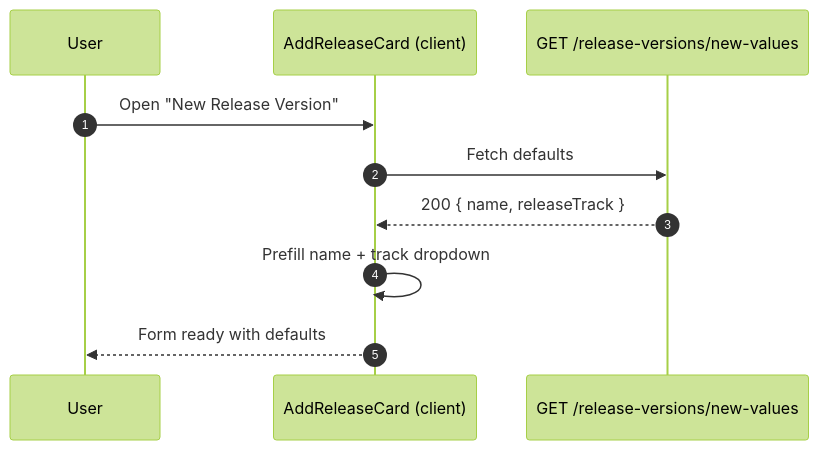
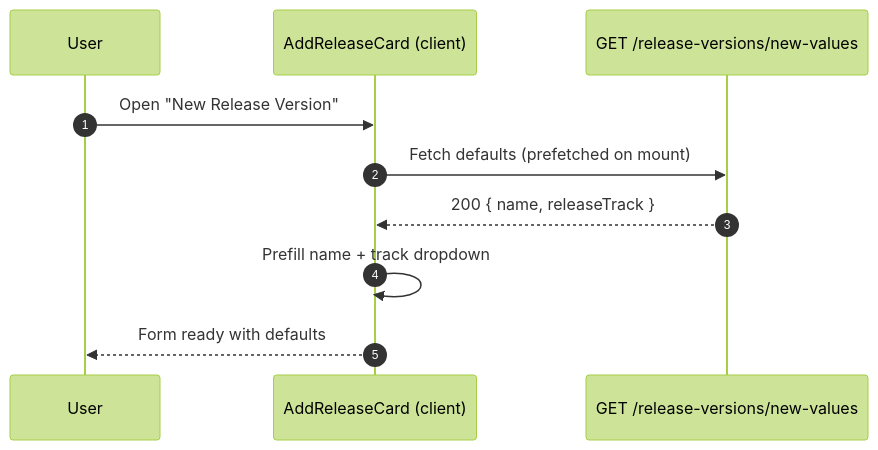
Before and after one commit to 01capitain/jira-release-manager: the first of 2 diagrams in docs/guides/ui-views/add-release-card.md, drawn with Mermaid (forest theme). The commit also changed other lines of this file and 4 other files, not shown here.

````diff
--- a/docs/guides/ui-views/add-release-card.md
+++ b/docs/guides/ui-views/add-release-card.md
@@ -12,12 +12,12 @@
 ```mermaid
 sequenceDiagram
     autonumber
     participant U as User
     participant C as AddReleaseCard (client)
     participant API as GET /release-versions/new-values
     U->>C: Open "New Release Version"
-    C->>API: Fetch defaults
+    C->>API: Fetch defaults (prefetched on mount)
     API-->>C: 200 { name, releaseTrack }
     C->>C: Prefill name + track dropdown
     C-->>U: Form ready with defaults
 ```
````
